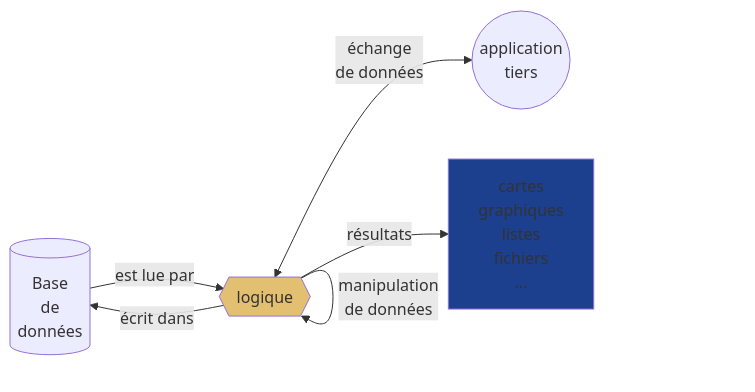
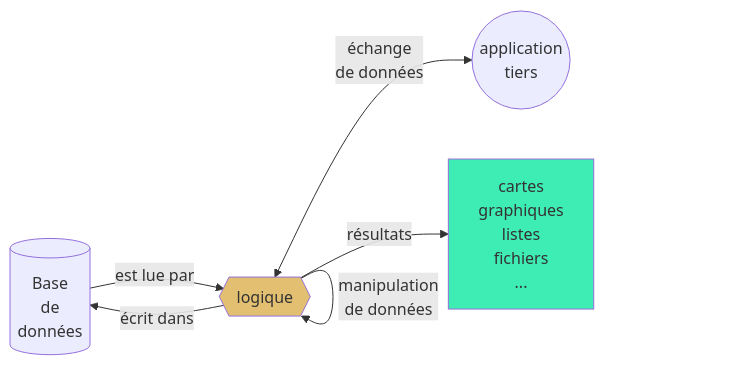
The diagram in profiles/arcam-traject/README.md (zoometh/thomashuet), drawn with Mermaid before and after one commit.

````diff
--- a/profiles/arcam-traject/README.md
+++ b/profiles/arcam-traject/README.md
@@ -107,10 +107,10 @@
 ```mermaid
 flowchart LR
     A[(Base<br>de<br>données)] -- est lue par --> B{{logique}}:::logic;
     B -- "écrit dans" --> A;
     B -- manipulation<br>de données --> B;
     B <-- "échange<br>de données" --> C((application<br>tiers));
     B -- résultats --> D[cartes<br>graphiques<br>listes<br>fichiers<br>...]:::output;;
     classDef logic fill:#e3c071;
-	classDef output fill:#1C3F8E;
+	classDef output fill:#3eedb3;
 ```
````
